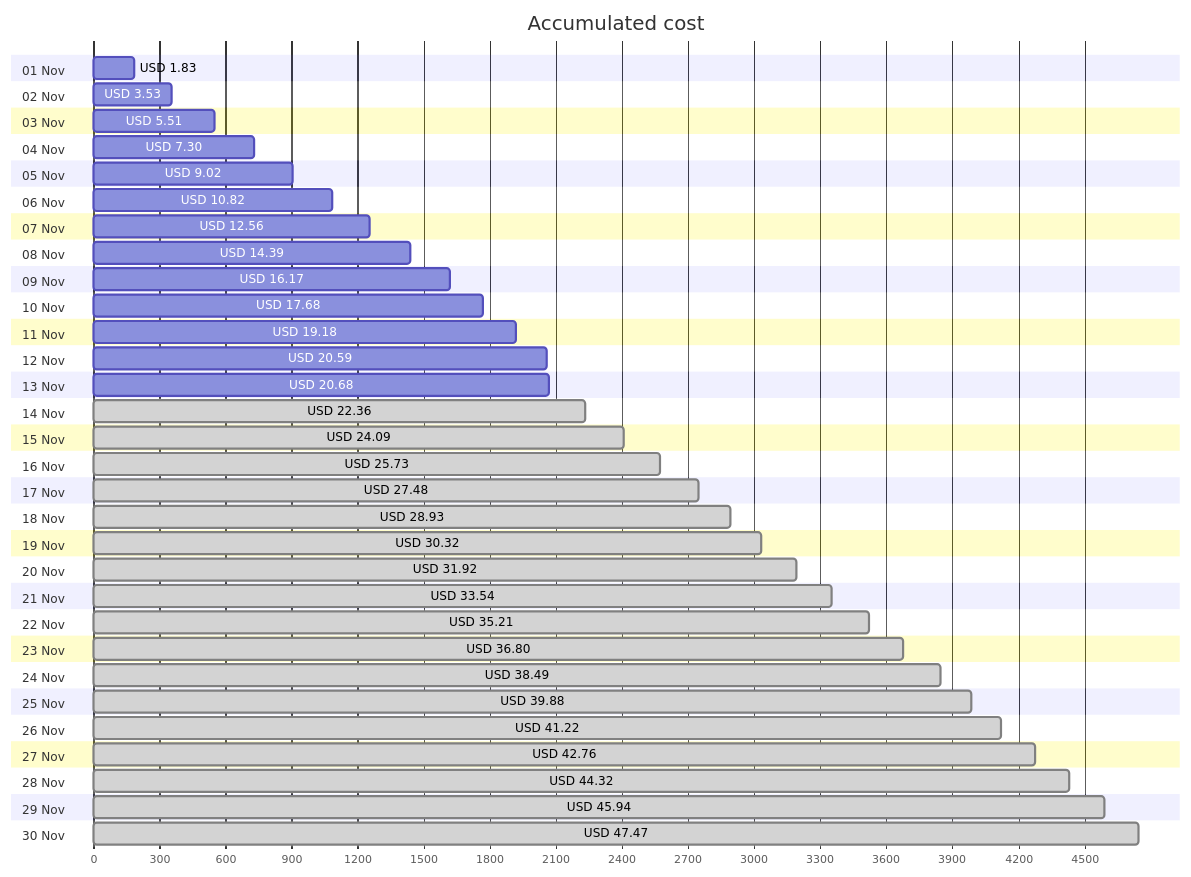
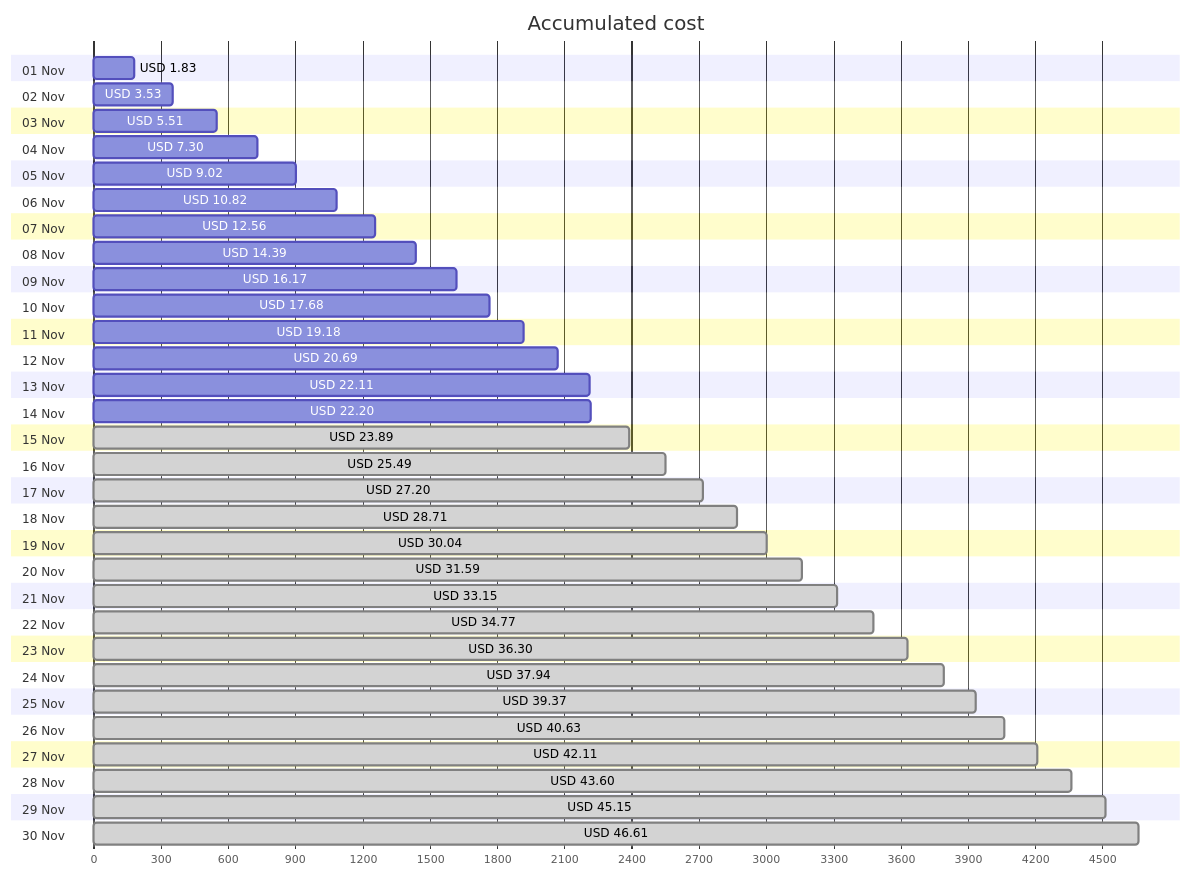
One commit to jpfulton/azure-personal-reports changed the first of 4 diagrams in cost-reports/personal-network/README.md. Above: the diagram before and after it, drawn with Mermaid. The commit also changed other lines of this file and 8 other files, not shown here.

````diff
--- a/cost-reports/personal-network/README.md
+++ b/cost-reports/personal-network/README.md
@@ -20,66 +20,66 @@
 ```mermaid
 gantt
    title Accumulated cost
    dateFormat  X
    axisFormat %s
    section 01 Nov
    USD 1.83 :0, 183
    section 02 Nov
    USD 3.53 :0, 353
    section 03 Nov
    USD 5.51 :0, 551
    section 04 Nov
    USD 7.30 :0, 730
    section 05 Nov
    USD 9.02 :0, 902
    section 06 Nov
    USD 10.82 :0, 1082
    section 07 Nov
    USD 12.56 :0, 1256
    section 08 Nov
    USD 14.39 :0, 1439
    section 09 Nov
    USD 16.17 :0, 1617
    section 10 Nov
    USD 17.68 :0, 1768
    section 11 Nov
    USD 19.18 :0, 1918
    section 12 Nov
-   USD 20.59 :0, 2059
+   USD 20.69 :0, 2069
    section 13 Nov
-   USD 20.68 :0, 2068
+   USD 22.11 :0, 2211
    section 14 Nov
-   USD 22.36 : done, 0, 2236
+   USD 22.20 :0, 2220
    section 15 Nov
-   USD 24.09 : done, 0, 2409
+   USD 23.89 : done, 0, 2389
    section 16 Nov
-   USD 25.73 : done, 0, 2573
+   USD 25.49 : done, 0, 2549
    section 17 Nov
-   USD 27.48 : done, 0, 2748
+   USD 27.20 : done, 0, 2720
    section 18 Nov
-   USD 28.93 : done, 0, 2893
+   USD 28.71 : done, 0, 2871
    section 19 Nov
-   USD 30.32 : done, 0, 3032
+   USD 30.04 : done, 0, 3004
    section 20 Nov
-   USD 31.92 : done, 0, 3192
+   USD 31.59 : done, 0, 3159
    section 21 Nov
-   USD 33.54 : done, 0, 3354
+   USD 33.15 : done, 0, 3315
    section 22 Nov
-   USD 35.21 : done, 0, 3521
+   USD 34.77 : done, 0, 3477
    section 23 Nov
-   USD 36.80 : done, 0, 3680
+   USD 36.30 : done, 0, 3630
    section 24 Nov
-   USD 38.49 : done, 0, 3849
+   USD 37.94 : done, 0, 3794
    section 25 Nov
-   USD 39.88 : done, 0, 3988
+   USD 39.37 : done, 0, 3937
    section 26 Nov
-   USD 41.22 : done, 0, 4122
+   USD 40.63 : done, 0, 4063
    section 27 Nov
-   USD 42.76 : done, 0, 4276
+   USD 42.11 : done, 0, 4211
    section 28 Nov
-   USD 44.32 : done, 0, 4432
+   USD 43.60 : done, 0, 4360
    section 29 Nov
-   USD 45.94 : done, 0, 4594
+   USD 45.15 : done, 0, 4515
    section 30 Nov
-   USD 47.47 : done, 0, 4747
+   USD 46.61 : done, 0, 4661
 ```
````
